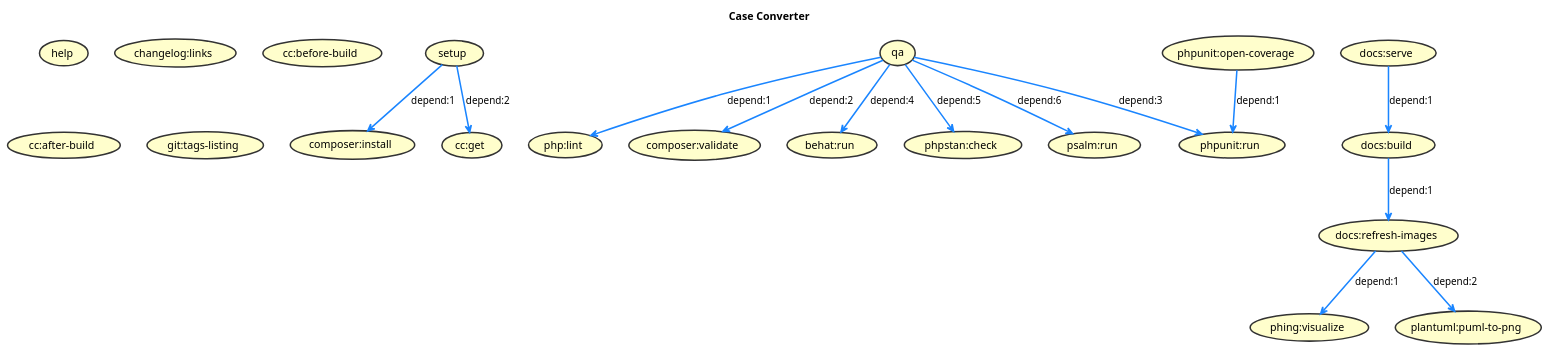
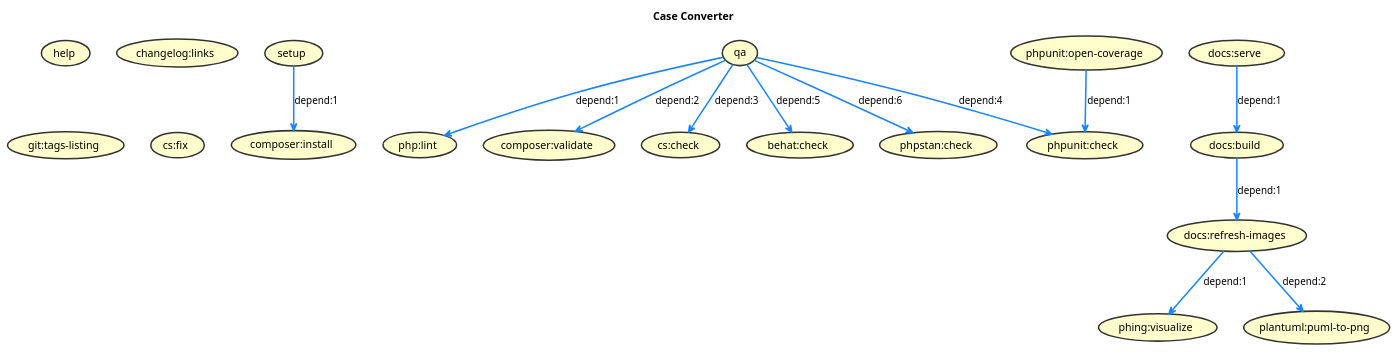
Before and after one commit to jawira/case-converter: the diagram in docs/images/build.puml, drawn with PlantUML. The commit also changed 19 other files, not shown here.

```diff
--- a/docs/images/build.puml
+++ b/docs/images/build.puml
@@ -1,54 +1,51 @@
 @startuml
 
 title
 Case Converter
 end title
 
 top to bottom direction
 
 skinparam Shadowing false
 skinparam ArrowFontColor Black
 skinparam ArrowThickness 2
 skinparam UseCaseBackgroundColor #FFFECC
 skinparam UseCaseBorderColor #333333
 skinparam UseCaseBorderThickness 2
 skinparam UseCaseFontColor Black
 
 
 (setup) -[#1A85FF]-> (composer:install) : depend:1
-(setup) -[#1A85FF]-> (cc:get) : depend:2
 (qa) -[#1A85FF]-> (php:lint) : depend:1
 (qa) -[#1A85FF]-> (composer:validate) : depend:2
-(qa) -[#1A85FF]-> (phpunit:run) : depend:3
-(qa) -[#1A85FF]-> (behat:run) : depend:4
-(qa) -[#1A85FF]-> (phpstan:check) : depend:5
-(qa) -[#1A85FF]-> (psalm:run) : depend:6
+(qa) -[#1A85FF]-> (cs:check) : depend:3
+(qa) -[#1A85FF]-> (phpunit:check) : depend:4
+(qa) -[#1A85FF]-> (behat:check) : depend:5
+(qa) -[#1A85FF]-> (phpstan:check) : depend:6
 (docs:refresh-images) -[#1A85FF]-> (phing:visualize) : depend:1
 (docs:refresh-images) -[#1A85FF]-> (plantuml:puml-to-png) : depend:2
-(phpunit:open-coverage) -[#1A85FF]-> (phpunit:run) : depend:1
+(phpunit:open-coverage) -[#1A85FF]-> (phpunit:check) : depend:1
 (docs:serve) -[#1A85FF]-> (docs:build) : depend:1
 (docs:build) -[#1A85FF]-> (docs:refresh-images) : depend:1
 (help)
 (setup)
 (qa)
 (docs:refresh-images)
 (composer:validate)
 (composer:install)
 (phpunit:open-coverage)
 (php:lint)
-(behat:run)
-(phpunit:run)
+(behat:check)
+(phpunit:check)
 (changelog:links)
-(cc:get)
-(cc:before-build)
-(cc:after-build)
 (plantuml:puml-to-png)
 (git:tags-listing)
 (phing:visualize)
 (docs:serve)
 (docs:build)
-(psalm:run)
 (phpstan:check)
+(cs:fix)
+(cs:check)
 
 
 @enduml
```
